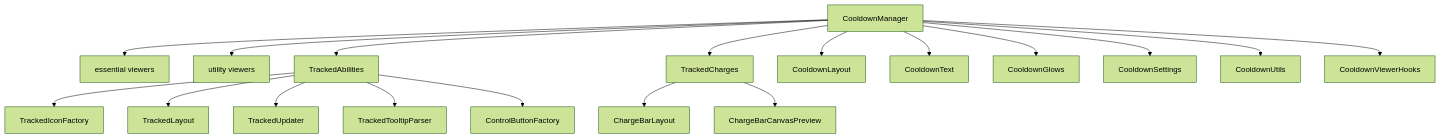
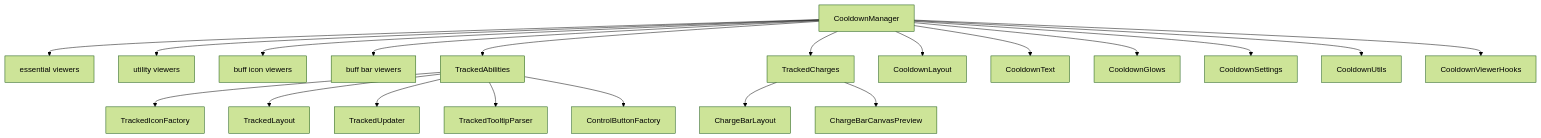
One commit to MoONSHO7/Orbit changed the diagram in Orbit/Plugins/CooldownManager/readme.md. Above: the diagram before and after it, drawn with Mermaid (forest theme). The commit also changed other lines of this file and 12 other files, not shown here.

````diff
--- a/Orbit/Plugins/CooldownManager/readme.md
+++ b/Orbit/Plugins/CooldownManager/readme.md
@@ -34,20 +34,22 @@
 ```mermaid
 graph TD
     CDM[CooldownManager] --> Essential[essential viewers]
     CDM --> Utility[utility viewers]
+    CDM --> BuffIcon[buff icon viewers]
+    CDM --> BuffBar[buff bar viewers]
     CDM --> Tracked[TrackedAbilities]
     CDM --> Charges[TrackedCharges]
     Charges --> ChargeLayout[ChargeBarLayout]
     Charges --> ChargePreview[ChargeBarCanvasPreview]
     Tracked --> IconFactory[TrackedIconFactory]
     Tracked --> TrackedLayoutMod[TrackedLayout]
     Tracked --> TrackedUpdaterMod[TrackedUpdater]
     Tracked --> TooltipParser[TrackedTooltipParser]
     Tracked --> ControlButtons[ControlButtonFactory]
     CDM --> Layout[CooldownLayout]
     CDM --> Text[CooldownText]
     CDM --> Glows[CooldownGlows]
     CDM --> Settings[CooldownSettings]
     CDM --> Utils[CooldownUtils]
     CDM --> Hooks[CooldownViewerHooks]
 ```
````
